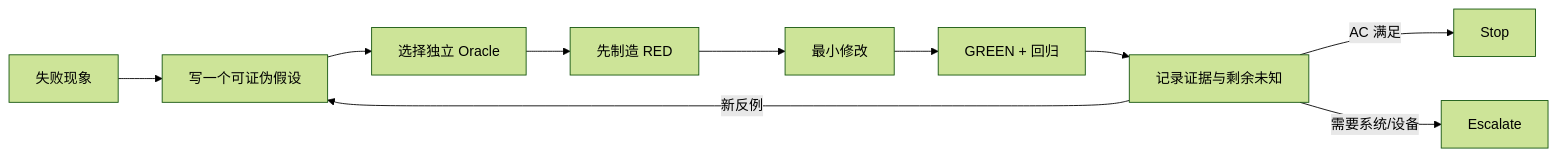
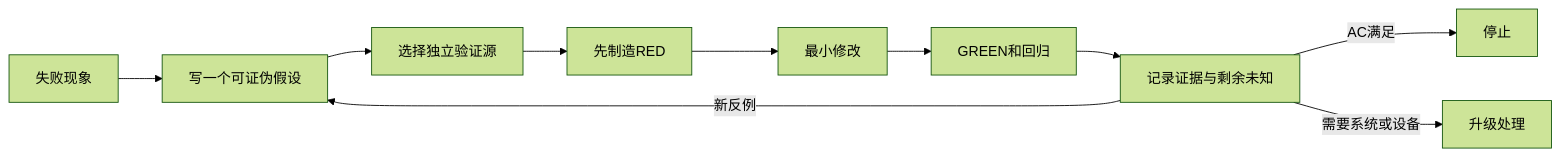
One commit to xiaomu120413/harmonyos-sdd-ralph-workshop changed the diagram in case-materials/mdm/05-Ralph迭代运行账.md. Above: the diagram before and after it, drawn with Mermaid (forest theme). The commit also changed other lines of this file and 7 other files, not shown here.

````diff
--- a/case-materials/mdm/05-Ralph迭代运行账.md
+++ b/case-materials/mdm/05-Ralph迭代运行账.md
@@ -23,12 +23,12 @@
 ```mermaid
-flowchart LR
-  F[失败现象] --> H[写一个可证伪假设]
-  H --> O[选择独立 Oracle]
-  O --> R[先制造 RED]
-  R --> M[最小修改]
-  M --> G[GREEN + 回归]
-  G --> E[记录证据与剩余未知]
+graph LR
+  F["失败现象"] --> H["写一个可证伪假设"]
+  H --> O["选择独立验证源"]
+  O --> R["先制造RED"]
+  R --> M["最小修改"]
+  M --> G["GREEN和回归"]
+  G --> E["记录证据与剩余未知"]
   E -->|新反例| H
-  E -->|AC 满足| S[Stop]
-  E -->|需要系统/设备| X[Escalate]
+  E -->|AC满足| S["停止"]
+  E -->|需要系统或设备| X["升级处理"]
 ```
````
